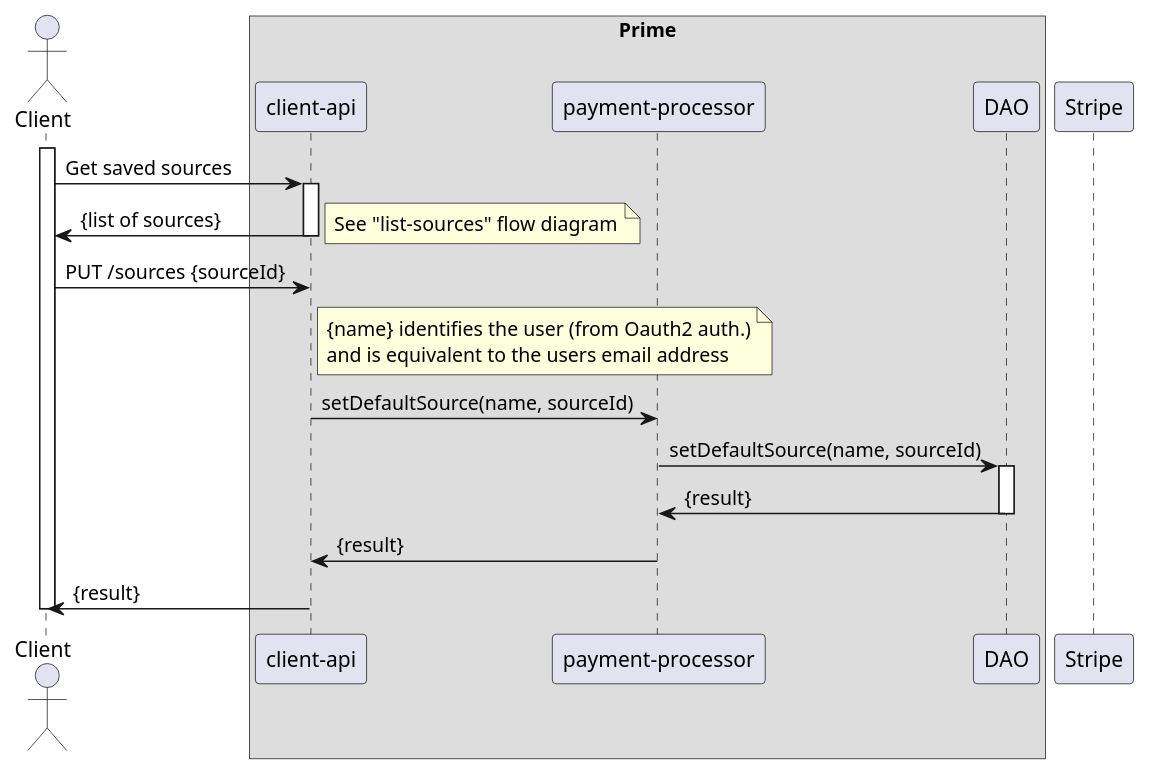
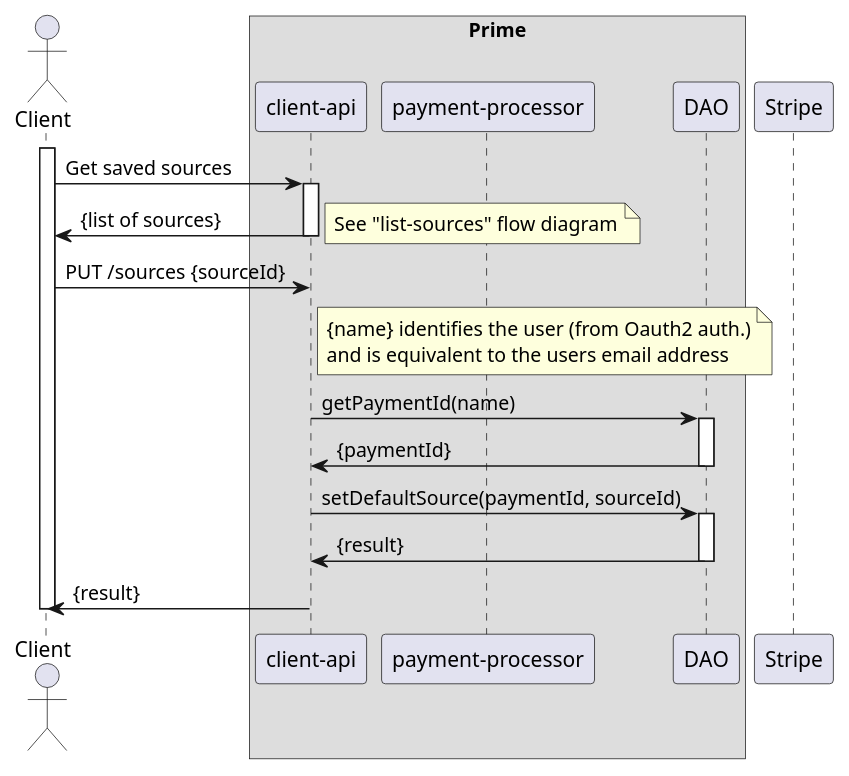
The diagram in payment-processor/doc/puml/set-default-source.puml (ostelco/ostelco-core), drawn with PlantUML before and after one commit. The commit also changed 16 other files, not shown here.

Commit message:
Moves fetch of 'payment-id' from 'payment' module to 'client-api'

```diff
--- a/payment-processor/doc/puml/set-default-source.puml
+++ b/payment-processor/doc/puml/set-default-source.puml
@@ -1,42 +1,42 @@
 @startuml
 
 actor Client
 participant Client
 
 box "Prime"
     participant "client-api"
     participant "payment-processor"
     participant "DAO"
 end box
 participant Stripe
 
 activate Client
 
     Client -> "client-api" : Get saved sources
     activate "client-api"
     "client-api" -> Client : {list of sources}
     deactivate "client-api"
     note right : See "list-sources" flow diagram
 
     Client -> "client-api" : PUT /sources {sourceId}
     note right of "client-api"
        {name} identifies the user (from Oauth2 auth.)
        and is equivalent to the users email address
     end note
 
-    "client-api" -> "payment-processor" : setDefaultSource(name, sourceId)
-
-    "payment-processor" -> DAO : setDefaultSource(name, sourceId)
+    "client-api" -> DAO : getPaymentId(name)
     activate DAO
-    DAO -> "payment-processor" : {result}
+    DAO -> "client-api" : {paymentId}
     deactivate DAO
 
-    "payment-processor" -> "client-api" :  {result}
-    deactivate "payment-processor"
+    "client-api" -> DAO : setDefaultSource(paymentId, sourceId)
+    activate DAO
+    DAO -> "client-api" : {result}
+    deactivate DAO
 
     "client-api" -> Client : {result}
     deactivate "client-api"
 
 deactivate Client
 
 @enduml
```
